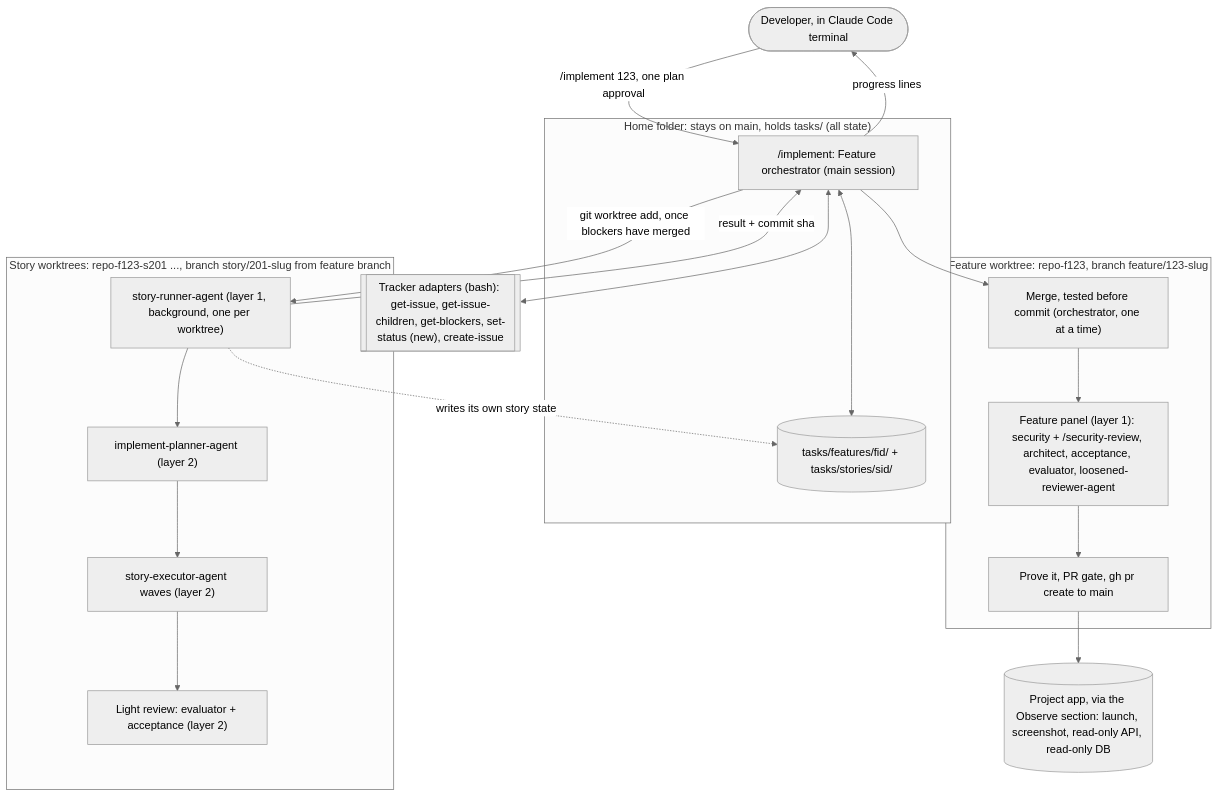
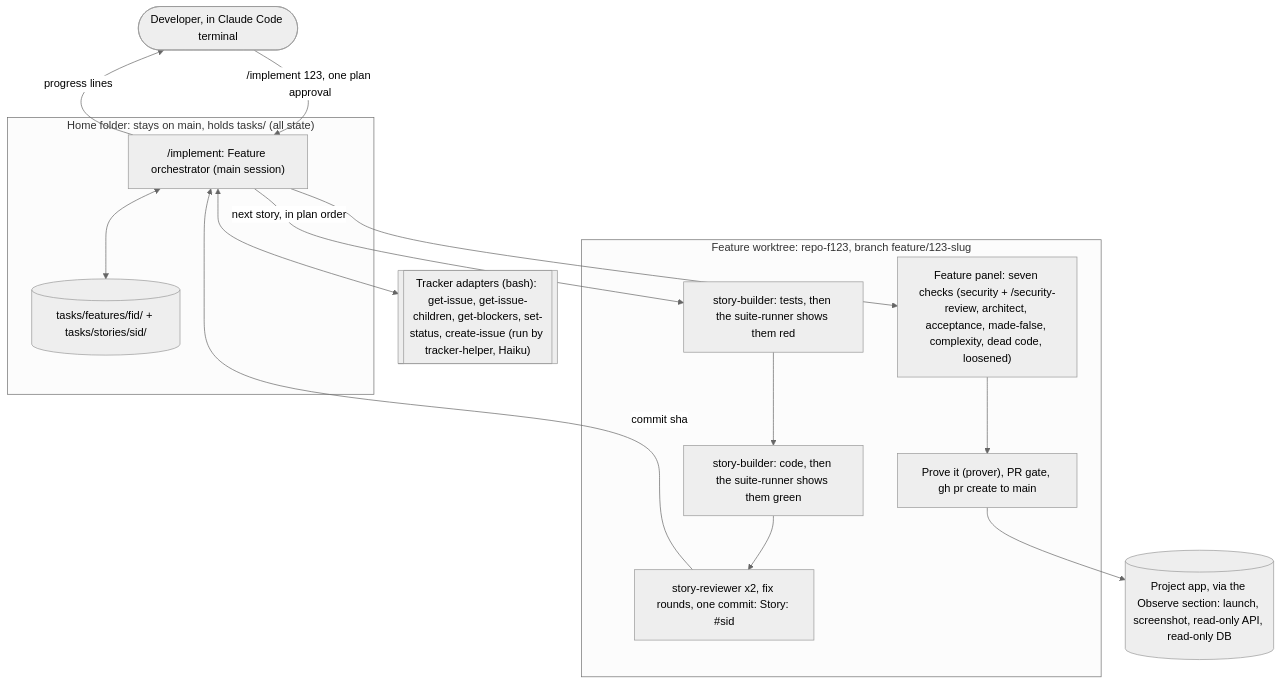
One commit to anudeeps28/claude-code-harness changed the first of 2 diagrams in ARCHITECTURE.md. Above: the diagram before and after it, drawn with Mermaid (neutral theme). The commit also changed other lines of this file and 18 other files, not shown here.

First line of the commit message:
docs: architecture, ADR-0005 and the installer match the new build

````diff
--- a/ARCHITECTURE.md
+++ b/ARCHITECTURE.md
@@ -14,32 +14,27 @@
 ```mermaid
 flowchart TB
   human([Developer, in Claude Code terminal])
   subgraph home["Home folder: stays on main, holds tasks/ (all state)"]
     orch["/implement: Feature orchestrator (main session)"]
     state[("tasks/features/fid/ + tasks/stories/sid/")]
   end
-  trk[["Tracker adapters (bash): get-issue, get-issue-children, get-blockers, set-status (new), create-issue"]]
+  trk[["Tracker adapters (bash): get-issue, get-issue-children, get-blockers, set-status, create-issue (run by tracker-helper, Haiku)"]]
   subgraph fwt["Feature worktree: repo-f123, branch feature/123-slug"]
-    merge["Merge, tested before commit (orchestrator, one at a time)"]
-    panel["Feature panel (layer 1): security + /security-review, architect, acceptance, evaluator, loosened-reviewer-agent"]
-    prove["Prove it, PR gate, gh pr create to main"]
-  end
-  subgraph swt["Story worktrees: repo-f123-s201 ..., branch story/201-slug from feature branch"]
-    sa["story-runner-agent (layer 1, background, one per worktree)"]
-    plan["implement-planner-agent (layer 2)"]
-    exec["story-executor-agent waves (layer 2)"]
-    rev["Light review: evaluator + acceptance (layer 2)"]
+    tests["story-builder: tests, then the suite-runner shows them red"]
+    code["story-builder: code, then the suite-runner shows them green"]
+    rev["story-reviewer x2, fix rounds, one commit: Story: #sid"]
+    panel["Feature panel: seven checks (security + /security-review, architect, acceptance, made-false, complexity, dead code, loosened)"]
+    prove["Prove it (prover), PR gate, gh pr create to main"]
   end
   app[("Project app, via the Observe section: launch, screenshot, read-only API, read-only DB")]
 
   human -->|"/implement 123, one plan approval"| orch
   orch <--> trk
   orch <--> state
-  orch -->|"git worktree add, once blockers have merged"| sa
-  sa --> plan --> exec --> rev
-  sa -->|"result + commit sha"| orch
-  orch --> merge --> panel --> prove
+  orch -->|"next story, in plan order"| tests
+  tests --> code --> rev
+  rev -->|"commit sha"| orch
+  orch --> panel --> prove
   prove --> app
-  sa -. "writes its own story state" .-> state
   orch -->|"progress lines"| human
 ```
````
